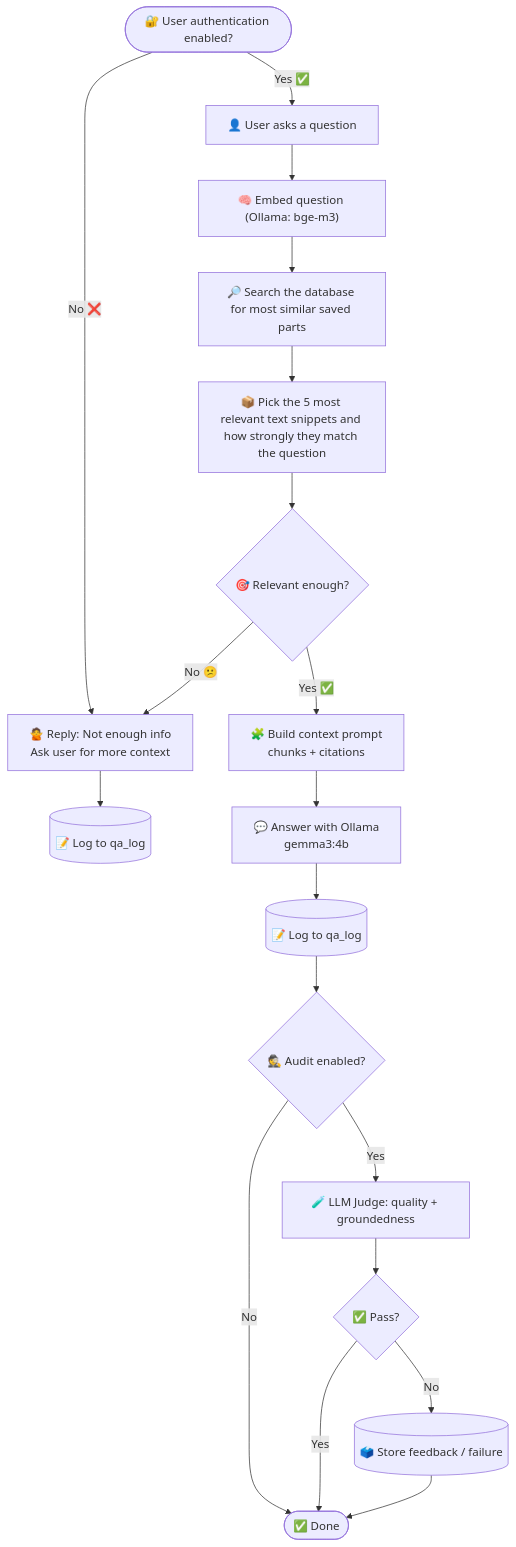
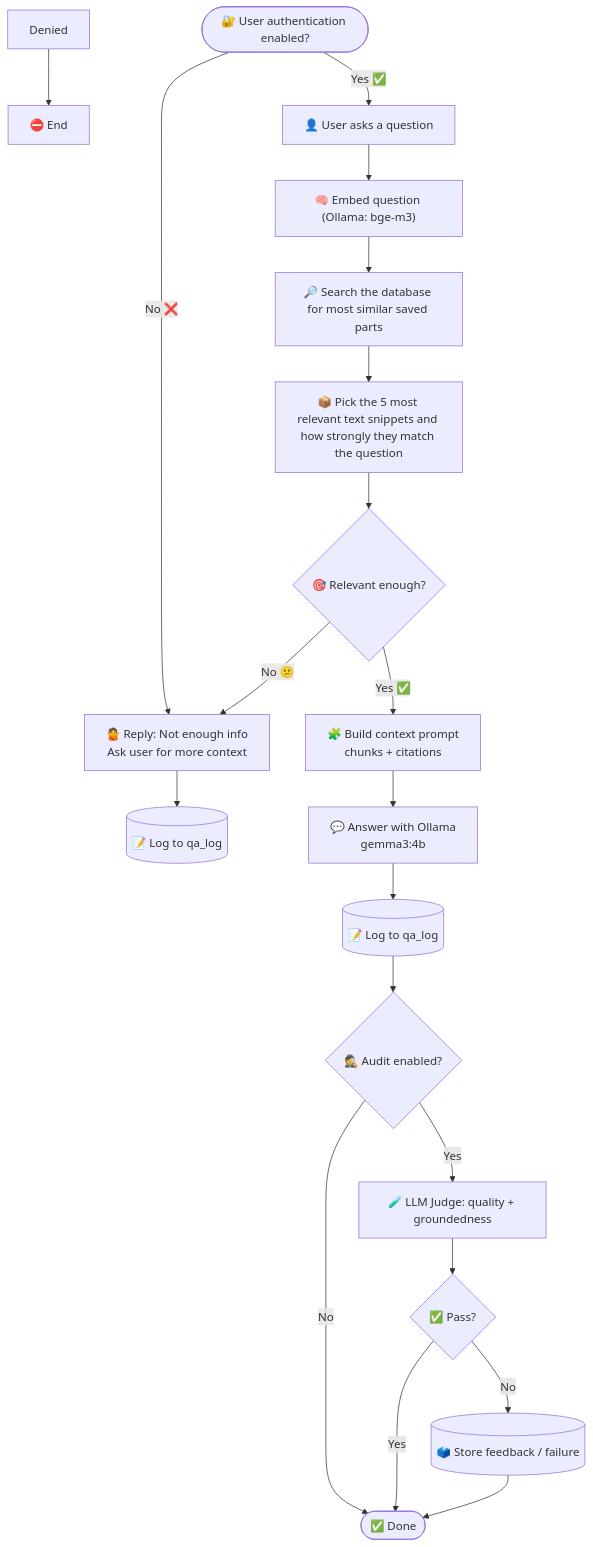
Before and after one commit to LauraAva/rag-ollama-set-up: the second of 3 diagrams in docs/PROCESS_VISUALIZATION_TRIAL.md, drawn with Mermaid.

````diff
--- a/docs/PROCESS_VISUALIZATION_TRIAL.md
+++ b/docs/PROCESS_VISUALIZATION_TRIAL.md
@@ -28,34 +28,35 @@
 ```mermaid
 flowchart TD
 
   UA(["🔐 User authentication enabled?"])
   UA -- "No ❌" --> N["❌ Access denied"]
+  Denied --> END0["⛔ End"]
 
   UA -- "Yes ✅" --> U["👤 User asks a question"]
   U --> Q["🧠 Embed question (Ollama: bge-m3)"]
 
   Q --> S[🔎 Search the database for most similar saved parts]
   S --> R[📦 Pick the 5 most relevant text snippets and how strongly they match the question]
 
   R --> G{🎯 Relevant enough?}
 
   G -- "No 😕" --> N[🙅 Reply: Not enough info<br/>Ask user for more context]
   N --> L1[(📝 Log to qa_log)]
   classDef animate stroke-dasharray: 9,5,stroke-dashoffset: 900,animation: dash 25s linear infinite;
   class e1 animate
 
   G -- "Yes ✅" --> C[🧩 Build context prompt<br/>chunks + citations]
   C --> A[💬 Answer with Ollama<br/>gemma3:4b]
   A --> L2[(📝 Log to qa_log)]
 
   L2 --> AU{🕵️ Audit enabled?}
   AU -- "No" --> DONE([✅ Done])
 
   AU -- "Yes" --> J[🧪 LLM Judge: quality + groundedness]
   J --> V{✅ Pass?}
 
   V -- "Yes" --> DONE
   V -- "No" --> F[(🗳️ Store feedback / failure)]
   F --> DONE
 
 ```
````
